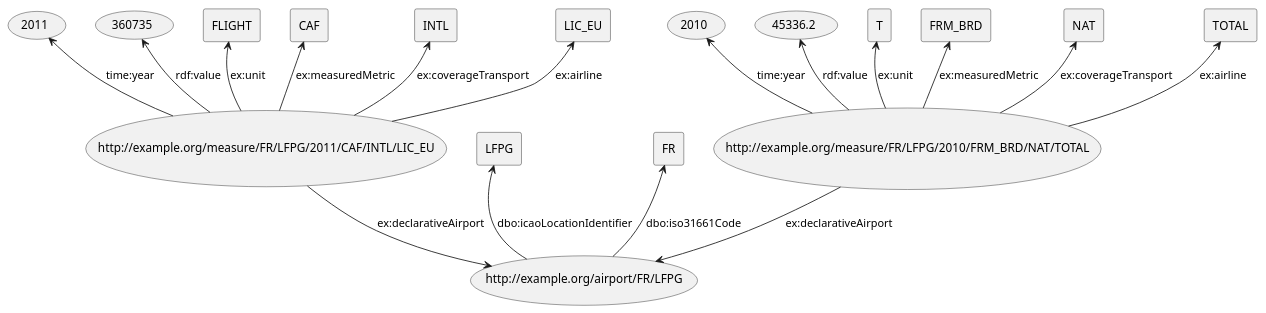
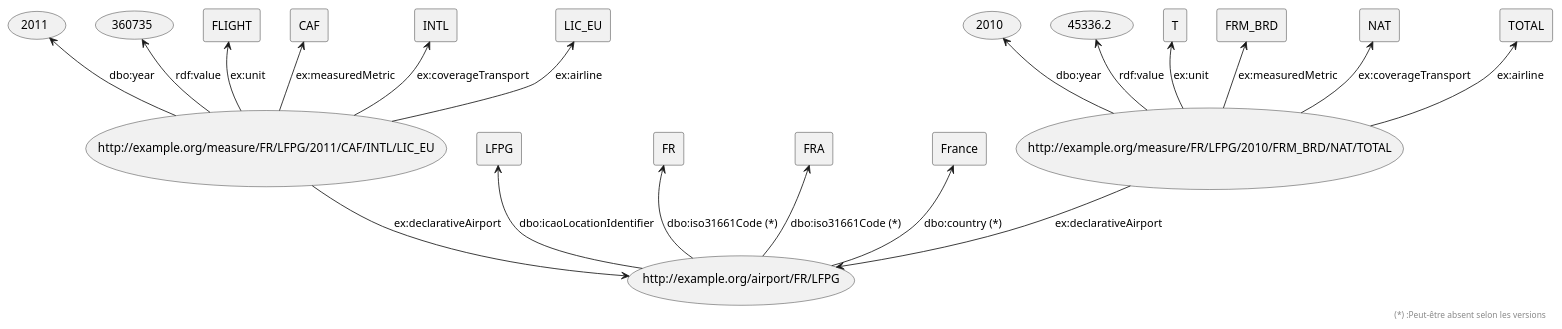
The diagram in README.md (QGdev/M1S1-SemanticProject), drawn with PlantUML before and after one commit. The commit also changed other lines of this file and 6 other files, not shown here.

````diff
--- a/README.md
+++ b/README.md
@@ -23,33 +23,36 @@
 ```plantuml
-    @startuml
+   @startuml
     skinparam componentStyle rectangle
 
-    circle (http://example.org/airport/FR/LFPG)
+        circle (http://example.org/airport/FR/LFPG)
 
-    [LFPG] <-- (http://example.org/airport/FR/LFPG) : "dbo:icaoLocationIdentifier"
-    [FR] <-- (http://example.org/airport/FR/LFPG) : "dbo:iso31661Code"
+        [LFPG] <-- (http://example.org/airport/FR/LFPG) : "dbo:icaoLocationIdentifier"
+        [FR] <-- (http://example.org/airport/FR/LFPG) : "dbo:iso31661Code (*)"
+        [FRA] <-- (http://example.org/airport/FR/LFPG) : "dbo:iso31661Code (*)"
+        [France] <-- (http://example.org/airport/FR/LFPG) : "dbo:country (*)"
 
-    circle (http://example.org/measure/FR/LFPG/2011/CAF/INTL/LIC_EU)
+        circle (http://example.org/measure/FR/LFPG/2011/CAF/INTL/LIC_EU)
 
-    (2011) <-- (http://example.org/measure/FR/LFPG/2011/CAF/INTL/LIC_EU) : "time:year"
-    (360735) <-- (http://example.org/measure/FR/LFPG/2011/CAF/INTL/LIC_EU) : "rdf:value"
-    [FLIGHT] <-- (http://example.org/measure/FR/LFPG/2011/CAF/INTL/LIC_EU) : "ex:unit"
-    [CAF] <-- (http://example.org/measure/FR/LFPG/2011/CAF/INTL/LIC_EU) : "ex:measuredMetric"
-    [INTL] <-- (http://example.org/measure/FR/LFPG/2011/CAF/INTL/LIC_EU) : "ex:coverageTransport"
-    [LIC_EU] <-- (http://example.org/measure/FR/LFPG/2011/CAF/INTL/LIC_EU) : "ex:airline"
+        (2011) <-- (http://example.org/measure/FR/LFPG/2011/CAF/INTL/LIC_EU) : "dbo:year"
+        (360735) <-- (http://example.org/measure/FR/LFPG/2011/CAF/INTL/LIC_EU) : "rdf:value"
+        [FLIGHT] <-- (http://example.org/measure/FR/LFPG/2011/CAF/INTL/LIC_EU) : "ex:unit"
+        [CAF] <-- (http://example.org/measure/FR/LFPG/2011/CAF/INTL/LIC_EU) : "ex:measuredMetric"
+        [INTL] <-- (http://example.org/measure/FR/LFPG/2011/CAF/INTL/LIC_EU) : "ex:coverageTransport"
+        [LIC_EU] <-- (http://example.org/measure/FR/LFPG/2011/CAF/INTL/LIC_EU) : "ex:airline"
 
-    circle (http://example.org/measure/FR/LFPG/2010/FRM_BRD/NAT/TOTAL)
+        circle (http://example.org/measure/FR/LFPG/2010/FRM_BRD/NAT/TOTAL)
 
-    (2010) <-- (http://example.org/measure/FR/LFPG/2010/FRM_BRD/NAT/TOTAL) : "time:year"
-    (45336.2) <-d- (http://example.org/measure/FR/LFPG/2010/FRM_BRD/NAT/TOTAL) : "rdf:value"
-    [T] <-- (http://example.org/measure/FR/LFPG/2010/FRM_BRD/NAT/TOTAL) : "ex:unit"
-    [FRM_BRD] <-- (http://example.org/measure/FR/LFPG/2010/FRM_BRD/NAT/TOTAL) : "ex:measuredMetric"
-    [NAT] <-- (http://example.org/measure/FR/LFPG/2010/FRM_BRD/NAT/TOTAL) : "ex:coverageTransport"
-    [TOTAL] <-- (http://example.org/measure/FR/LFPG/2010/FRM_BRD/NAT/TOTAL) : "ex:airline"
+        (2010) <-- (http://example.org/measure/FR/LFPG/2010/FRM_BRD/NAT/TOTAL) : "dbo:year"
+        (45336.2) <-d- (http://example.org/measure/FR/LFPG/2010/FRM_BRD/NAT/TOTAL) : "rdf:value"
+        [T] <-- (http://example.org/measure/FR/LFPG/2010/FRM_BRD/NAT/TOTAL) : "ex:unit"
+        [FRM_BRD] <-- (http://example.org/measure/FR/LFPG/2010/FRM_BRD/NAT/TOTAL) : "ex:measuredMetric"
+        [NAT] <-- (http://example.org/measure/FR/LFPG/2010/FRM_BRD/NAT/TOTAL) : "ex:coverageTransport"
+        [TOTAL] <-- (http://example.org/measure/FR/LFPG/2010/FRM_BRD/NAT/TOTAL) : "ex:airline"
 
 
-    (http://example.org/airport/FR/LFPG) <-up- (http://example.org/measure/FR/LFPG/2011/CAF/INTL/LIC_EU) : "ex:declarativeAirport"
-    (http://example.org/airport/FR/LFPG) <-up- (http://example.org/measure/FR/LFPG/2010/FRM_BRD/NAT/TOTAL) : "ex:declarativeAirport"
+        (http://example.org/airport/FR/LFPG) <-up- (http://example.org/measure/FR/LFPG/2011/CAF/INTL/LIC_EU) : "ex:declarativeAirport"
+        (http://example.org/airport/FR/LFPG) <-up- (http://example.org/measure/FR/LFPG/2010/FRM_BRD/NAT/TOTAL) : "ex:declarativeAirport"
 
+    right footer "(*) :Peut-être absent selon les versions"
     @enduml
 ```
````
